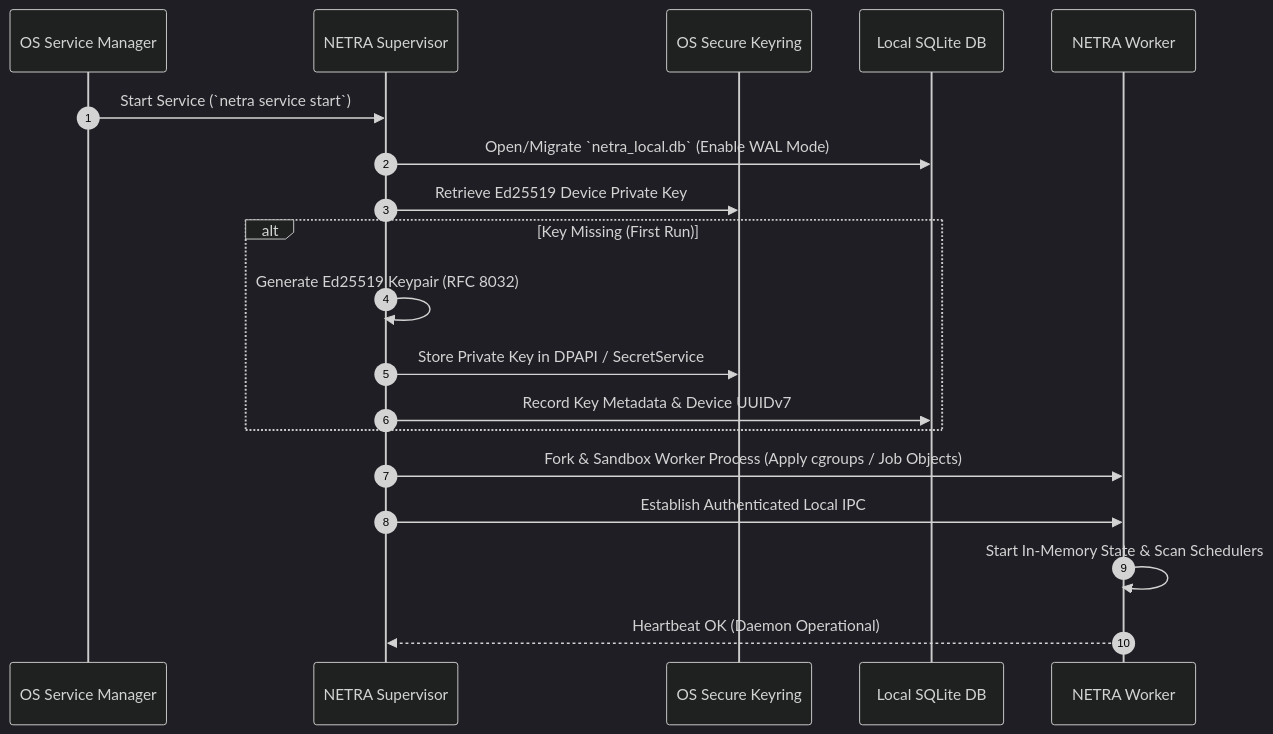
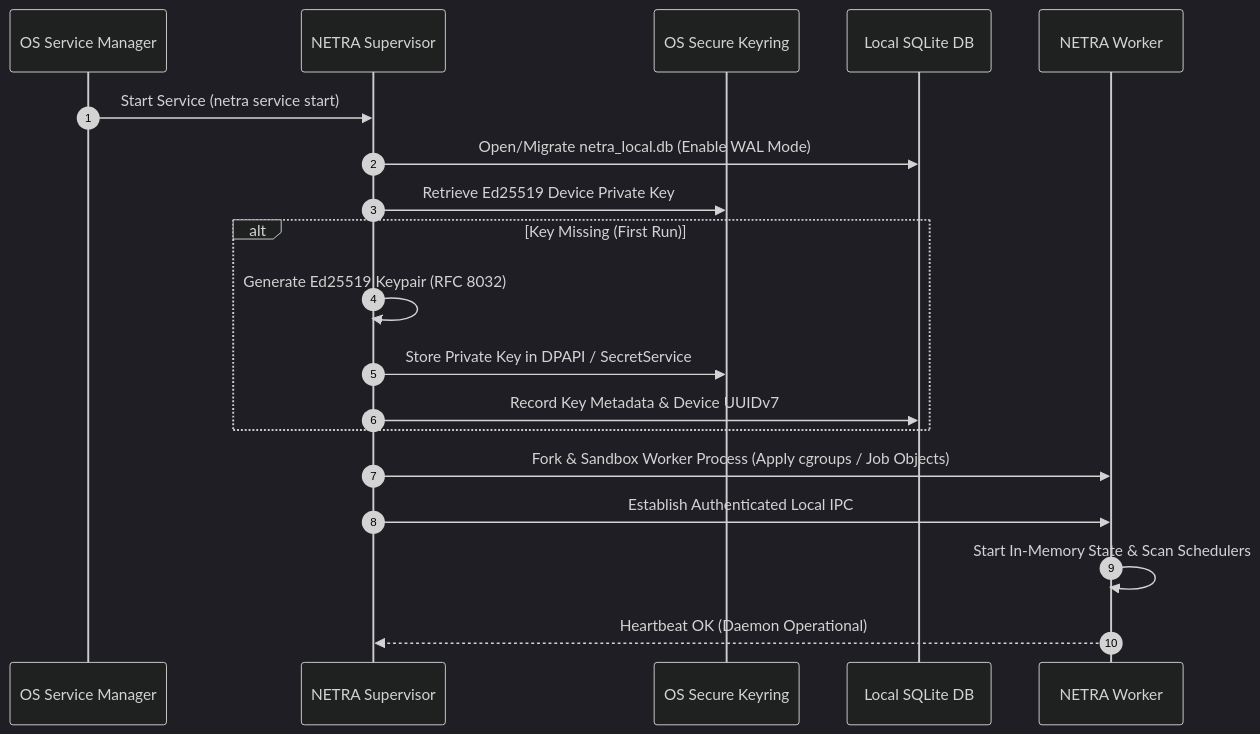
One commit to Subhadip-Paul2006/NETRA-Backend changed the second of 13 diagrams in docs/SYSTEM_DESIGN.md. Above: the diagram before and after it, drawn with Mermaid (dark theme). The commit also changed other lines of this file and 14 other files, not shown here.

Commit message:
fix(docs): resolve GitHub Mermaid diagram lexical errors and KaTeX math formatting across all specifications

````diff
--- a/docs/SYSTEM_DESIGN.md
+++ b/docs/SYSTEM_DESIGN.md
@@ -74,22 +74,22 @@
 ```mermaid
 sequenceDiagram
     autonumber
     participant OS as OS Service Manager
     participant Sup as NETRA Supervisor
     participant Keyring as OS Secure Keyring
     participant DB as Local SQLite DB
     participant Worker as NETRA Worker
 
-    OS->>Sup: Start Service (`netra service start`)
-    Sup->>DB: Open/Migrate `netra_local.db` (Enable WAL Mode)
+    OS->>Sup: Start Service (netra service start)
+    Sup->>DB: Open/Migrate netra_local.db (Enable WAL Mode)
     Sup->>Keyring: Retrieve Ed25519 Device Private Key
     alt Key Missing (First Run)
         Sup->>Sup: Generate Ed25519 Keypair (RFC 8032)
         Sup->>Keyring: Store Private Key in DPAPI / SecretService
         Sup->>DB: Record Key Metadata & Device UUIDv7
     end
     Sup->>Worker: Fork & Sandbox Worker Process (Apply cgroups / Job Objects)
     Sup->>Worker: Establish Authenticated Local IPC
     Worker->>Worker: Start In-Memory State & Scan Schedulers
     Worker-->>Sup: Heartbeat OK (Daemon Operational)
 ```
````
